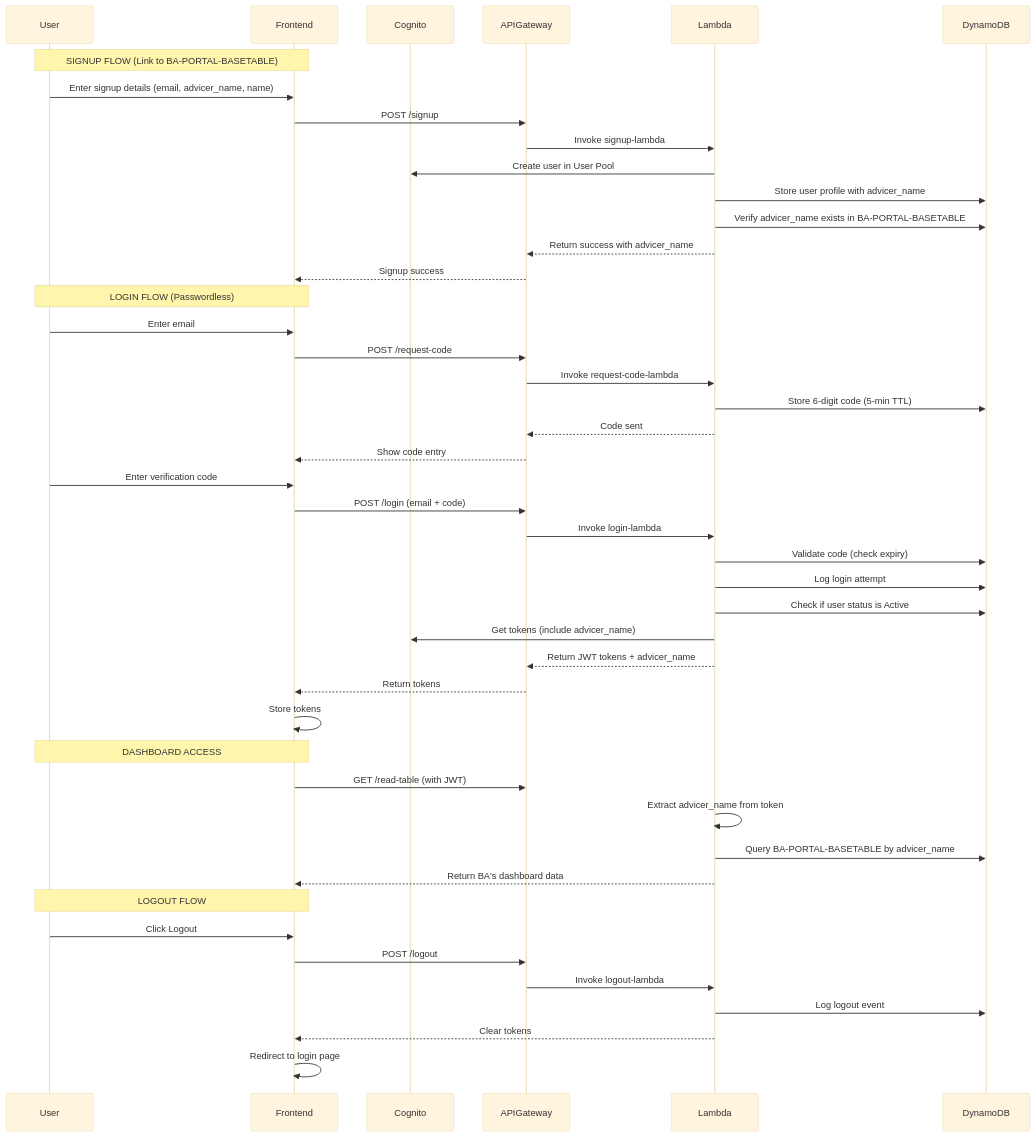
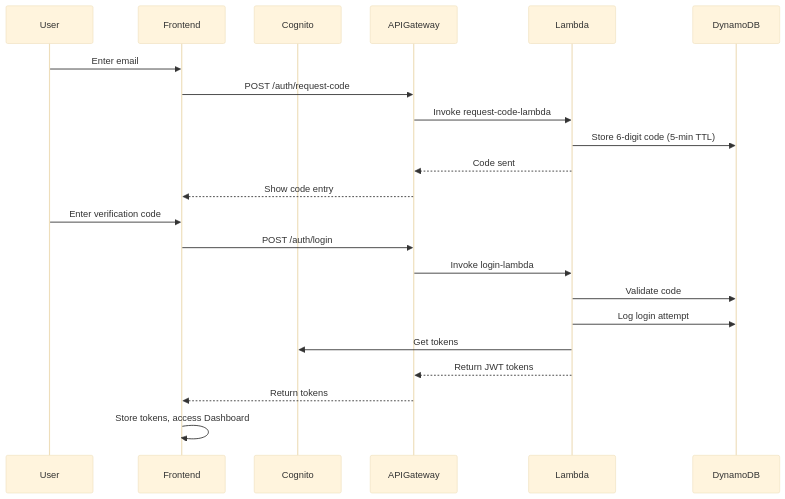
One commit to DilkuYahoo/tutorai changed the third of 3 diagrams in app/ba-portal/PLAN-login-system.md. Above: the diagram before and after it, drawn with Mermaid (base theme). The commit also changed other lines of this file, not shown here.

First line of the commit message:
docs(login-system): simplify BA login architecture plan

````diff
--- a/app/ba-portal/PLAN-login-system.md
+++ b/app/ba-portal/PLAN-login-system.md
@@ -95,51 +86,26 @@
 ```mermaid
 sequenceDiagram
     participant User
     participant Frontend
     participant Cognito
     participant APIGateway
     participant Lambda
     participant DynamoDB
     
-    Note over User,Frontend: SIGNUP FLOW (Link to BA-PORTAL-BASETABLE)
-    User->>Frontend: Enter signup details (email, advicer_name, name)
-    Frontend->>APIGateway: POST /signup
-    APIGateway->>Lambda: Invoke signup-lambda
-    Lambda->>Cognito: Create user in User Pool
-    Lambda->>DynamoDB: Store user profile with advicer_name
-    Lambda->>DynamoDB: Verify advicer_name exists in BA-PORTAL-BASETABLE
-    Lambda-->>APIGateway: Return success with advicer_name
-    APIGateway-->>Frontend: Signup success
-    
-    Note over User,Frontend: LOGIN FLOW (Passwordless)
     User->>Frontend: Enter email
-    Frontend->>APIGateway: POST /request-code
+    Frontend->>APIGateway: POST /auth/request-code
     APIGateway->>Lambda: Invoke request-code-lambda
     Lambda->>DynamoDB: Store 6-digit code (5-min TTL)
     Lambda-->>APIGateway: Code sent
     APIGateway-->>Frontend: Show code entry
+    
     User->>Frontend: Enter verification code
-    Frontend->>APIGateway: POST /login (email + code)
+    Frontend->>APIGateway: POST /auth/login
     APIGateway->>Lambda: Invoke login-lambda
-    Lambda->>DynamoDB: Validate code (check expiry)
+    Lambda->>DynamoDB: Validate code
     Lambda->>DynamoDB: Log login attempt
-    Lambda->>DynamoDB: Check if user status is Active
-    Lambda->>Cognito: Get tokens (include advicer_name)
-    Lambda-->>APIGateway: Return JWT tokens + advicer_name
+    Lambda->>Cognito: Get tokens
+    Lambda-->>APIGateway: Return JWT tokens
     APIGateway-->>Frontend: Return tokens
-    Frontend->>Frontend: Store tokens
-    
-    Note over User,Frontend: DASHBOARD ACCESS
-    Frontend->>APIGateway: GET /read-table (with JWT)
-    Lambda->>Lambda: Extract advicer_name from token
-    Lambda->>DynamoDB: Query BA-PORTAL-BASETABLE by advicer_name
-    Lambda-->>Frontend: Return BA's dashboard data
-    
-    Note over User,Frontend: LOGOUT FLOW
-    User->>Frontend: Click Logout
-    Frontend->>APIGateway: POST /logout
-    APIGateway->>Lambda: Invoke logout-lambda
-    Lambda->>DynamoDB: Log logout event
-    Lambda-->>Frontend: Clear tokens
-    Frontend->>Frontend: Redirect to login page
+    Frontend->>Frontend: Store tokens, access Dashboard
 ```
````
